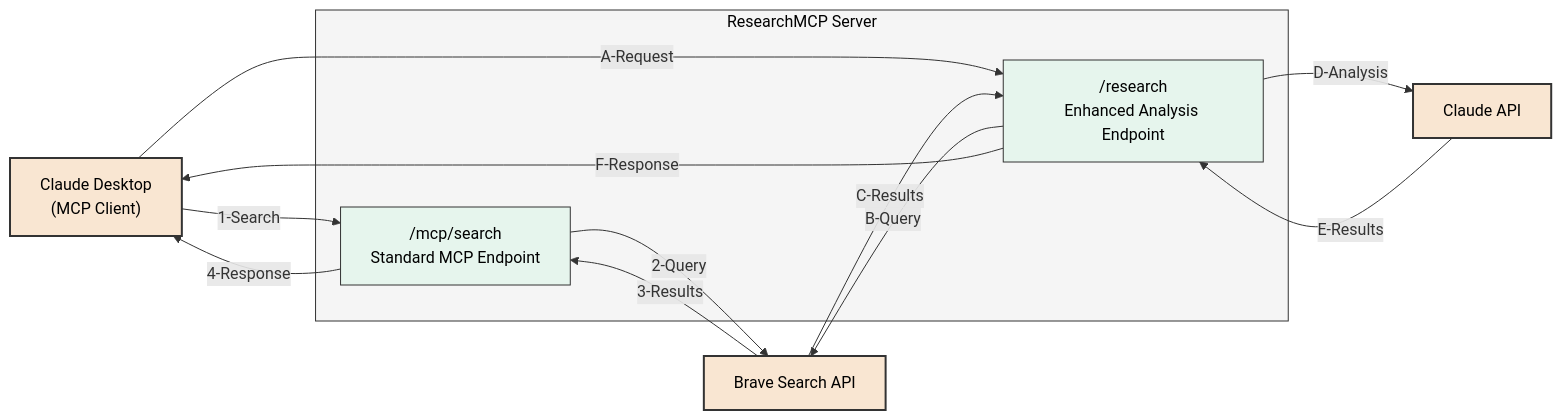
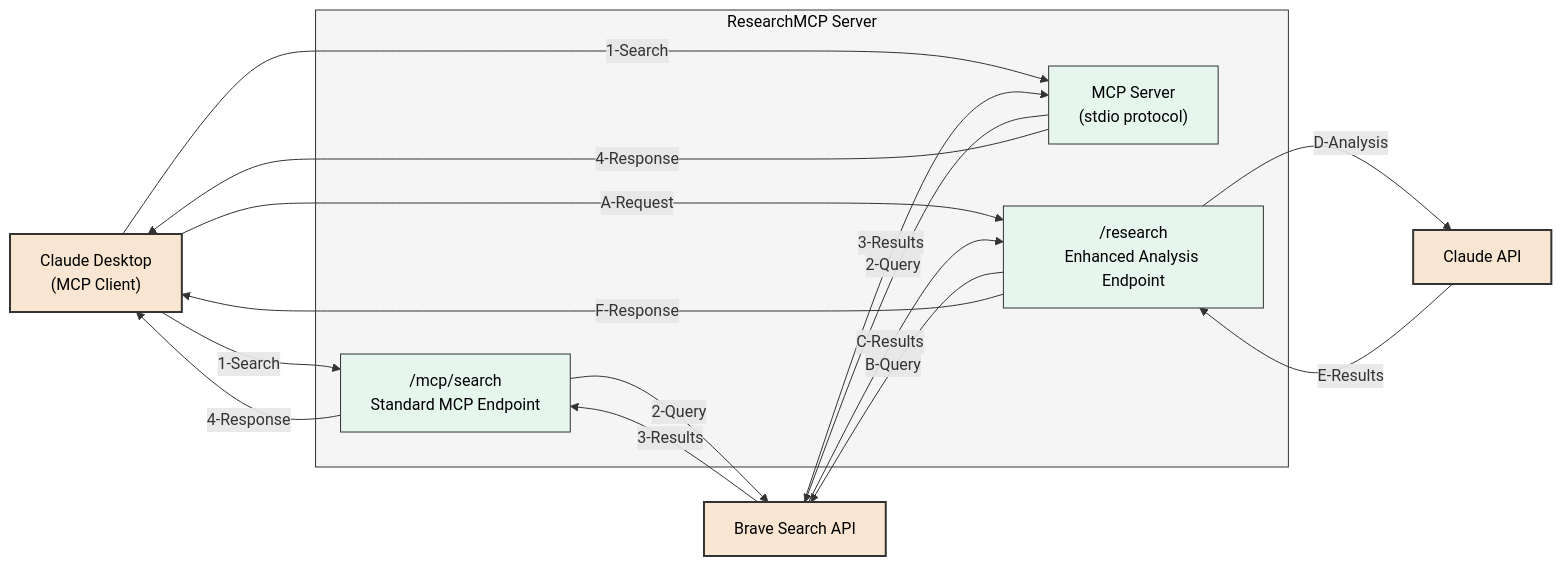
Before and after one commit to riii111/ResearchMCP: the first of 2 diagrams in README.md, drawn with Mermaid. The commit also changed other lines of this file, not shown here.

Commit message:
docs: claude_desktop_config sample

````diff
--- a/README.md
+++ b/README.md
@@ -132,36 +175,43 @@
 ```mermaid
 graph LR
     %% External Systems
     Claude["Claude Desktop<br>(MCP Client)"]
     BraveAPI["Brave Search API"]
     ClaudeAPI["Claude API"]
     
     %% Main Components
     subgraph ResearchMCP["ResearchMCP Server"]
         MCPEndpoint["/mcp/search<br>Standard MCP Endpoint"]
+        MCPServer["MCP Server<br>(stdio protocol)"]
         ResearchEndpoint["/research<br>Enhanced Analysis Endpoint"]
     end
     
-    %% External Connections - MCP Flow
+    %% External Connections - MCP Flow (HTTP)
     Claude -->|1-Search| MCPEndpoint
     MCPEndpoint -->|2-Query| BraveAPI
     BraveAPI -->|3-Results| MCPEndpoint
     MCPEndpoint -->|4-Response| Claude
+    
+    %% External Connections - MCP Flow (stdio)
+    Claude -->|1-Search| MCPServer
+    MCPServer -->|2-Query| BraveAPI
+    BraveAPI -->|3-Results| MCPServer
+    MCPServer -->|4-Response| Claude
     
     %% External Connections - Research Flow
     Claude -->|A-Request| ResearchEndpoint
     ResearchEndpoint -->|B-Query| BraveAPI
     BraveAPI -->|C-Results| ResearchEndpoint
     ResearchEndpoint -->|D-Analysis| ClaudeAPI
     ClaudeAPI -->|E-Results| ResearchEndpoint
     ResearchEndpoint -->|F-Response| Claude
     
     %% Styling
     classDef external fill:#f9e6d2,stroke:#333,stroke-width:2px,color:#000
     classDef component fill:#e6f5ed,stroke:#333,color:#000
     classDef container fill:#f5f5f5,stroke:#333,color:#000
     
     class Claude,BraveAPI,ClaudeAPI external
-    class MCPEndpoint,ResearchEndpoint component
+    class MCPEndpoint,MCPServer,ResearchEndpoint component
     class ResearchMCP container
 ```
````
